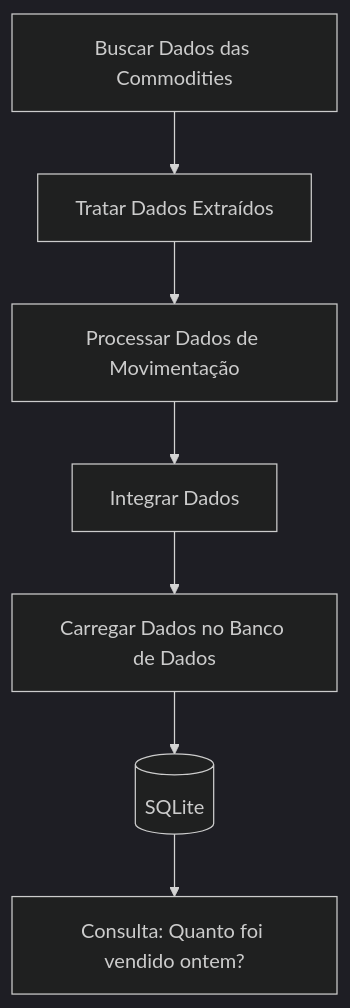
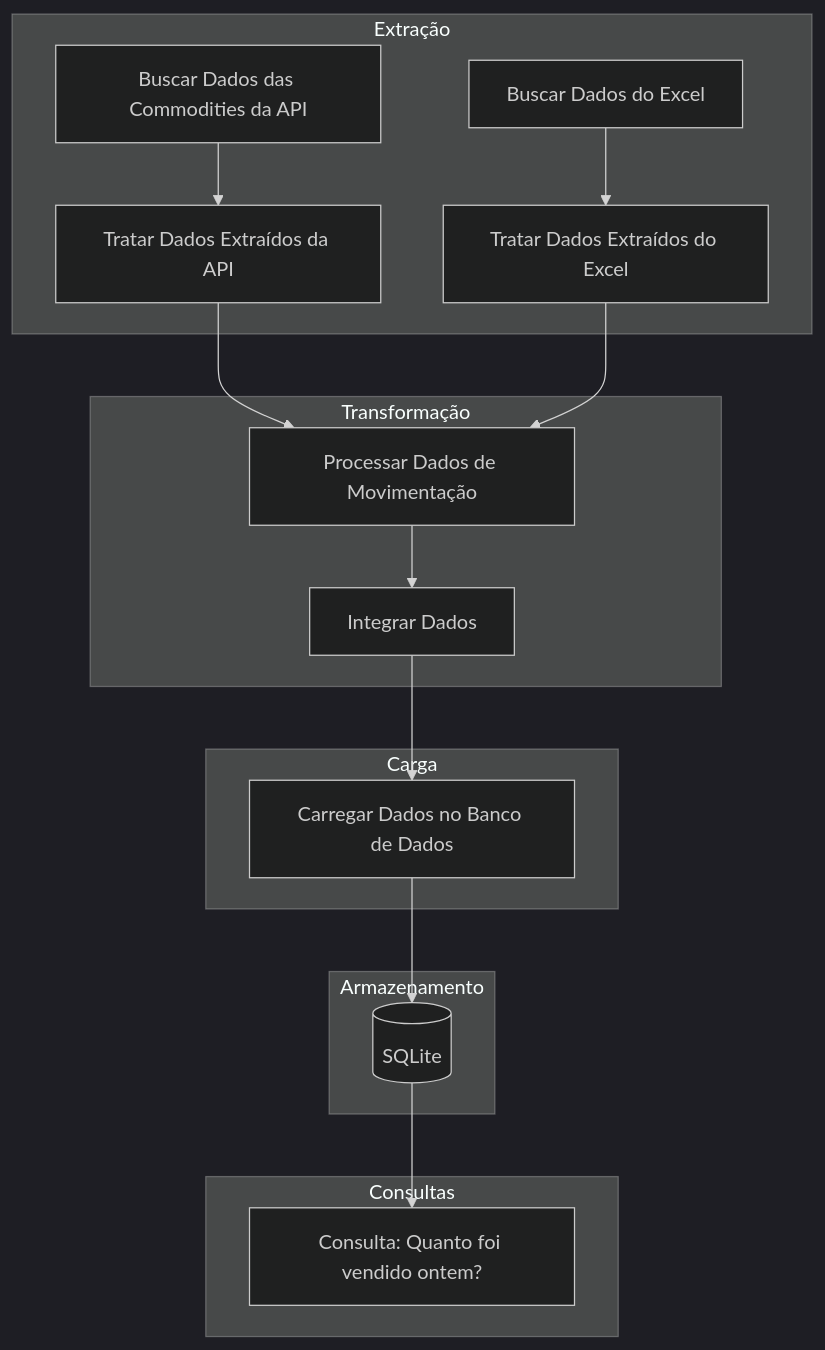
Before and after one commit to lvgalvao/datahackers-aovivo: the diagram in README.md, drawn with Mermaid (dark theme).

````diff
--- a/README.md
+++ b/README.md
@@ -84,9 +84,26 @@
 ```mermaid
 graph TD
-    A[Buscar Dados das Commodities] --> B[Tratar Dados Extraídos]
-    B --> C[Processar Dados de Movimentação]
-    C --> D[Integrar Dados]
-    D --> E[Carregar Dados no Banco de Dados]
-    E --> F[(SQLite)]
-    F --> G[Consulta: Quanto foi vendido ontem?]
+    subgraph Extração
+        A1[Buscar Dados das Commodities da API] --> B1[Tratar Dados Extraídos da API]
+        A2[Buscar Dados do Excel] --> B2[Tratar Dados Extraídos do Excel]
+    end
+
+    subgraph Transformação
+        B1 --> C[Processar Dados de Movimentação]
+        B2 --> C
+        C --> D[Integrar Dados]
+    end
+
+    subgraph Carga
+        D --> E[Carregar Dados no Banco de Dados]
+    end
+
+    subgraph Armazenamento
+        E --> F[(SQLite)]
+    end
+
+    subgraph Consultas
+        F --> G[Consulta: Quanto foi vendido ontem?]
+    end
+
 ```
````
